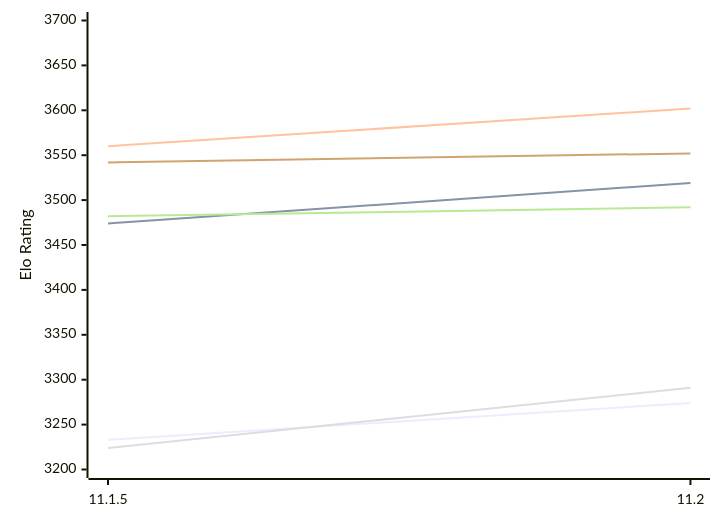
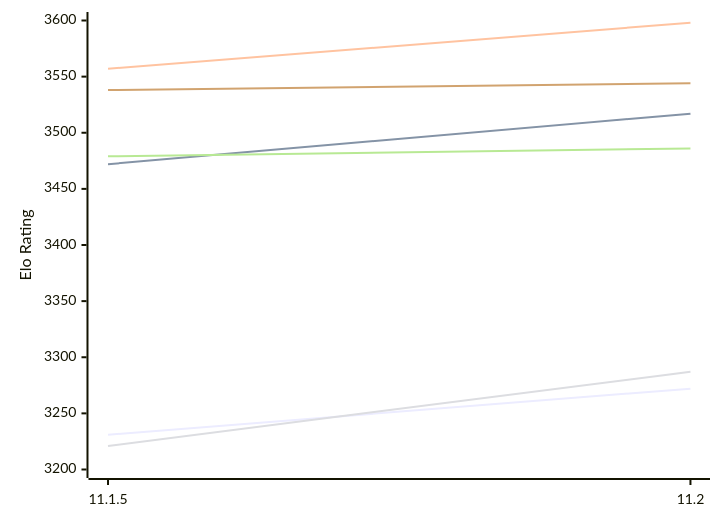
The first of 2 diagrams in engines/Lizard.md (computer-chess-index/cci), drawn with Mermaid before and after one commit. The commit also changed other lines of this file, not shown here.

Commit message:
Update CCI Ratings (ELO VLTC) - 2026-11-19

````diff
--- a/engines/Lizard.md
+++ b/engines/Lizard.md
@@ -52,12 +52,12 @@
 ```mermaid
 %%{init: {"theme":"base","themeVariables":{"seriesColors:['#a3a3a3','#222221','#faa371']}}}%%
 xychart-beta
   x-axis ["11.1.5", "11.2"]
-  y-axis "Elo Rating" 3200 --> 3700
-  line "E1: STC (8.0+0.08s)" [3233, 3274]
-  line "E1: LTC (60.0+0.60s)" [3474, 3519]
-  line "E1: VLTC (2m24s+1.12s)" [3560, 3602]
-  line "P1: STC (8.0+0.08s)" [3224, 3291]
-  line "P1: LTC (60.0+0.60s)" [3482, 3492]
-  line "P1: VLTC (2m24s+1.12s)" [3542, 3552]
+  y-axis "Elo Rating" 3200 --> 3600
+  line "E1: STC (8.0+0.08s)" [3231, 3272]
+  line "E1: LTC (60.0+0.60s)" [3472, 3517]
+  line "E1: VLTC (2m24s+1.12s)" [3557, 3598]
+  line "P1: STC (8.0+0.08s)" [3221, 3287]
+  line "P1: LTC (60.0+0.60s)" [3479, 3486]
+  line "P1: VLTC (2m24s+1.12s)" [3538, 3544]
 ```
````
